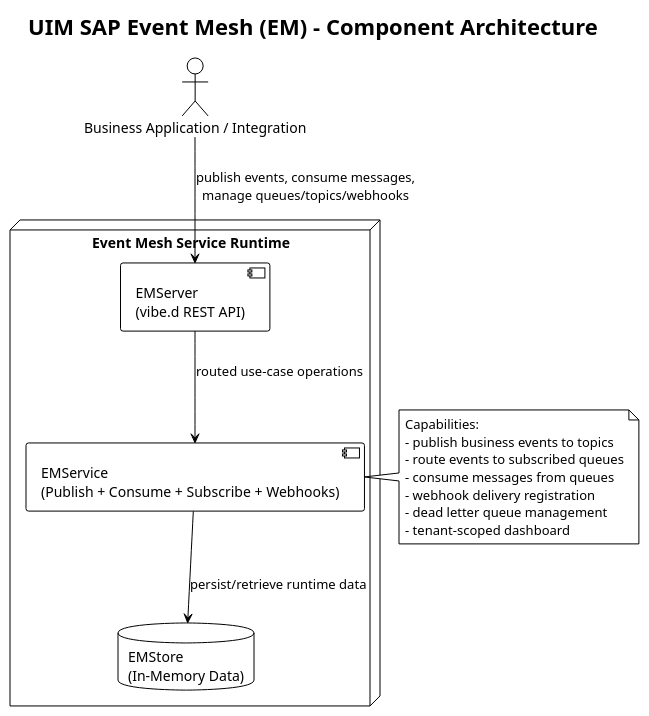
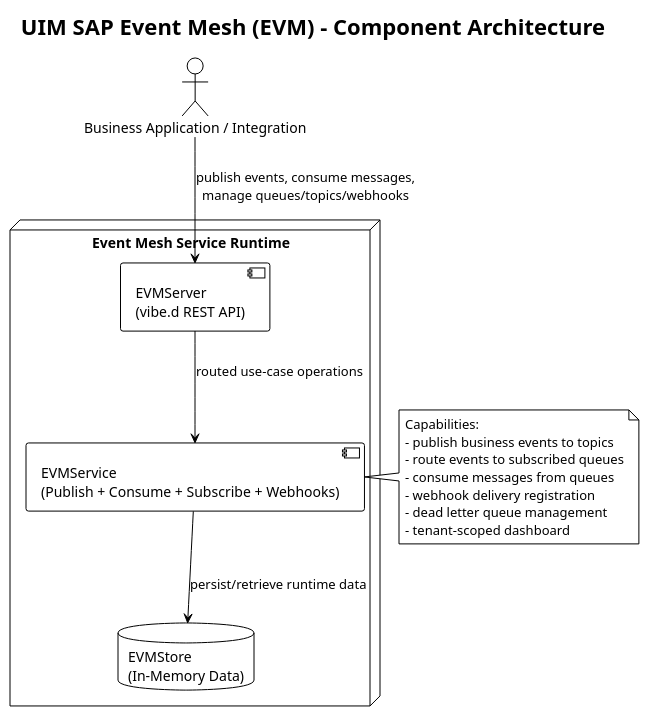
The diagram in event-mesh/docs/uml/component-architecture.puml (UIMSolutions/uim-sap-services), drawn with PlantUML before and after one commit. The commit also changed 25 other files, not shown here.

First line of the commit message:
Refactor event mesh classes and exceptions to use EVM prefix

```diff
--- a/event-mesh/docs/uml/component-architecture.puml
+++ b/event-mesh/docs/uml/component-architecture.puml
@@ -1,28 +1,28 @@
 @startuml component_architecture
 !theme plain
 
-title UIM SAP Event Mesh (EM) - Component Architecture
+title UIM SAP Event Mesh (EVM) - Component Architecture
 
 actor "Business Application / Integration" as User
 
 node "Event Mesh Service Runtime" {
-  component "EMServer\n(vibe.d REST API)" as Api
-  component "EMService\n(Publish + Consume + Subscribe + Webhooks)" as Domain
-  database "EMStore\n(In-Memory Data)" as Store
+  component "EVMServer\n(vibe.d REST API)" as Api
+  component "EVMService\n(Publish + Consume + Subscribe + Webhooks)" as Domain
+  database "EVMStore\n(In-Memory Data)" as Store
 }
 
 User --> Api : publish events, consume messages,\nmanage queues/topics/webhooks
 Api --> Domain : routed use-case operations
 Domain --> Store : persist/retrieve runtime data
 
 note right of Domain
 Capabilities:
 - publish business events to topics
 - route events to subscribed queues
 - consume messages from queues
 - webhook delivery registration
 - dead letter queue management
 - tenant-scoped dashboard
 end note
 
 @enduml
```
